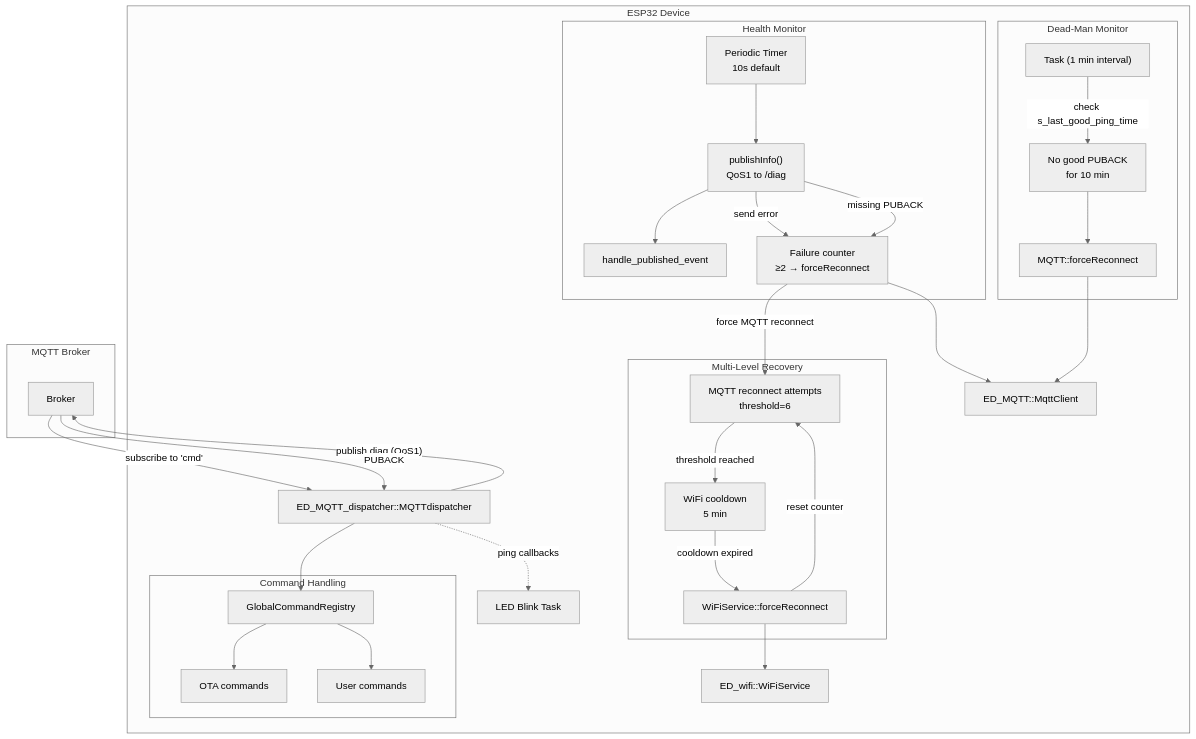
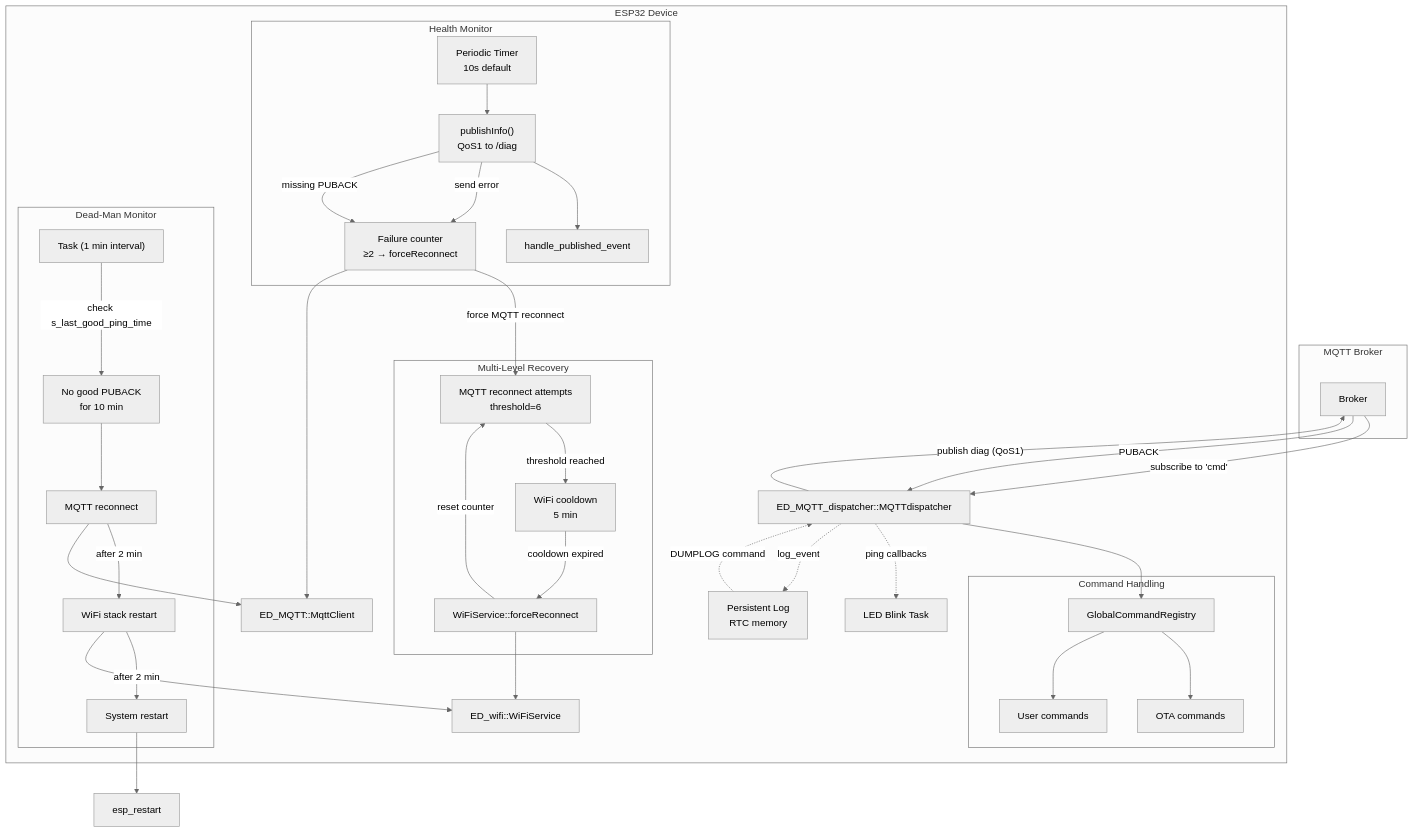
One commit to edolis/ED_MQTT changed the diagram in ED_MQTT_dispatcher_README.md. Above: the diagram before and after it, drawn with Mermaid (neutral theme). The commit also changed other lines of this file and 2 other files, not shown here.

Commit message:
added circular log and soft reboot option to recover from SSH stack hanging server side

````diff
--- a/ED_MQTT_dispatcher_README.md
+++ b/ED_MQTT_dispatcher_README.md
@@ -44,64 +56,73 @@
 ```mermaid
 flowchart TD
     subgraph "MQTT Broker"
         B[Broker]
     end
 
     subgraph "ESP32 Device"
         MQTT[ED_MQTT::MqttClient]
         DISP[ED_MQTT_dispatcher::MQTTdispatcher]
         WIFI[ED_wifi::WiFiService]
 
         subgraph "Command Handling"
             REG[GlobalCommandRegistry]
             CMD1[OTA commands]
             CMD2[User commands]
         end
 
         subgraph "Health Monitor"
             TIMER["Periodic Timer<br>10s default"]
             PUB["publishInfo()<br>QoS1 to /diag"]
             ACK[handle_published_event]
             FAIL["Failure counter<br>≥2 → forceReconnect"]
         end
 
         subgraph "Multi-Level Recovery"
             COUNTER["MQTT reconnect attempts<br>threshold=6"]
             COOLDOWN["WiFi cooldown<br>5 min"]
             WIFI_RECONNECT[WiFiService::forceReconnect]
         end
 
         subgraph "Dead‑Man Monitor"
             DEADMAN_TASK["Task (1 min interval)"]
             TIMEOUT["No good PUBACK<br>for 10 min"]
-            FORCE_RECONNECT["MQTT::forceReconnect"]
+            ESCALATE1[MQTT reconnect]
+            ESCALATE2[WiFi stack restart]
+            ESCALATE3[System restart]
         end
 
         LED[LED Blink Task]
+        LOG[Persistent Log<br>RTC memory]
     end
 
     B -- "subscribe to 'cmd'" --> DISP
     DISP -- "publish diag (QoS1)" --> B
     B -- "PUBACK" --> DISP
 
     DISP --> REG
     REG --> CMD1
     REG --> CMD2
 
     TIMER --> PUB
     PUB --> ACK
     PUB --> |send error| FAIL
     PUB --> |missing PUBACK| FAIL
     FAIL --> |force MQTT reconnect| COUNTER
     COUNTER --> |threshold reached| COOLDOWN
     COOLDOWN --> |cooldown expired| WIFI_RECONNECT
     WIFI_RECONNECT --> WIFI
     WIFI_RECONNECT --> |reset counter| COUNTER
     FAIL --> MQTT
 
     DEADMAN_TASK --> |check s_last_good_ping_time| TIMEOUT
-    TIMEOUT --> FORCE_RECONNECT
-    FORCE_RECONNECT --> MQTT
+    TIMEOUT --> ESCALATE1
+    ESCALATE1 --> |after 2 min| ESCALATE2
+    ESCALATE2 --> |after 2 min| ESCALATE3
+    ESCALATE1 --> MQTT
+    ESCALATE2 --> WIFI
+    ESCALATE3 --> esp_restart
 
     DISP -. "ping callbacks" .-> LED
+    DISP -. "log_event" .-> LOG
+    LOG -. "DUMPLOG command" .-> DISP
 ```
````
